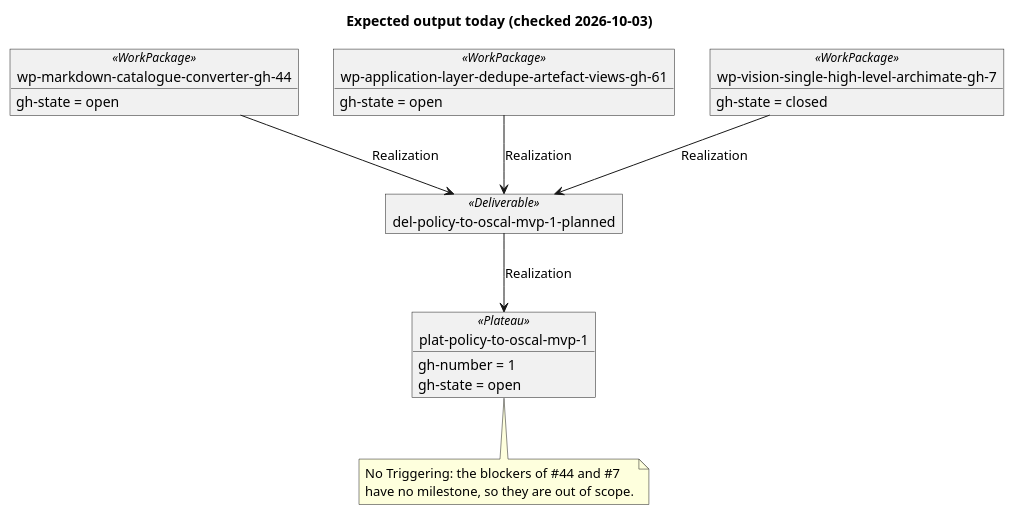
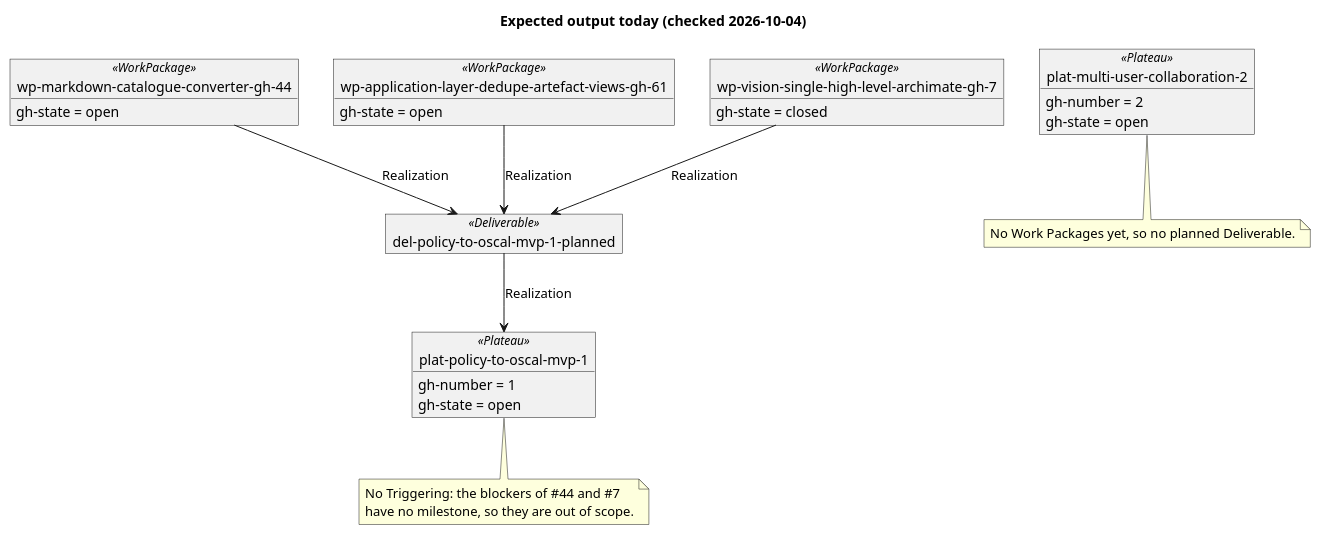
Before and after one commit to wolffy-au/frictionless-architect: the diagram in specs/003-gh-roadmap-archimate/quickstart.md, drawn with PlantUML. The commit also changed other lines of this file and 3 other files, not shown here.

````diff
--- a/specs/003-gh-roadmap-archimate/quickstart.md
+++ b/specs/003-gh-roadmap-archimate/quickstart.md
@@ -21,27 +21,32 @@
 ```plantuml
 @startuml
-title Expected output today (checked 2026-10-03)
+title Expected output today (checked 2026-10-04)
 hide empty members
 
 object "plat-policy-to-oscal-mvp-1" as P <<Plateau>> {
   gh-number = 1
   gh-state = open
 }
 object "wp-markdown-catalogue-converter-gh-44" as W44 <<WorkPackage>> {
   gh-state = open
 }
 object "wp-application-layer-dedupe-artefact-views-gh-61" as W61 <<WorkPackage>> {
   gh-state = open
 }
 object "wp-vision-single-high-level-archimate-gh-7" as W7 <<WorkPackage>> {
   gh-state = closed
 }
+object "plat-multi-user-collaboration-2" as P2 <<Plateau>> {
+  gh-number = 2
+  gh-state = open
+}
 object "del-policy-to-oscal-mvp-1-planned" as D <<Deliverable>>
 
 W44 --> D : Realization
 W61 --> D : Realization
 W7 --> D : Realization
 D --> P : Realization
+note bottom of P2 : No Work Packages yet, so no planned Deliverable.
 note bottom of P : No Triggering: the blockers of #44 and #7\nhave no milestone, so they are out of scope.
 @enduml
 ```
````
